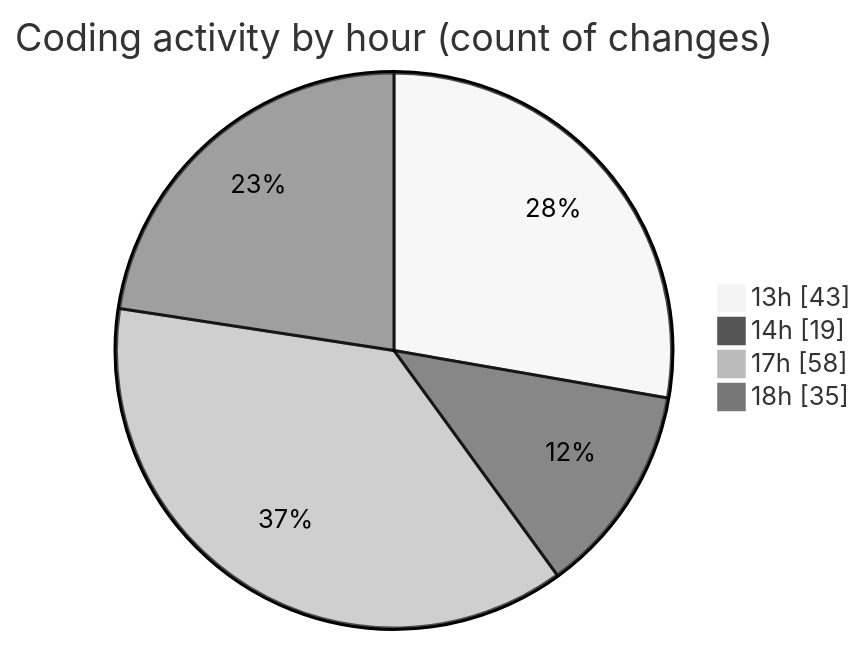
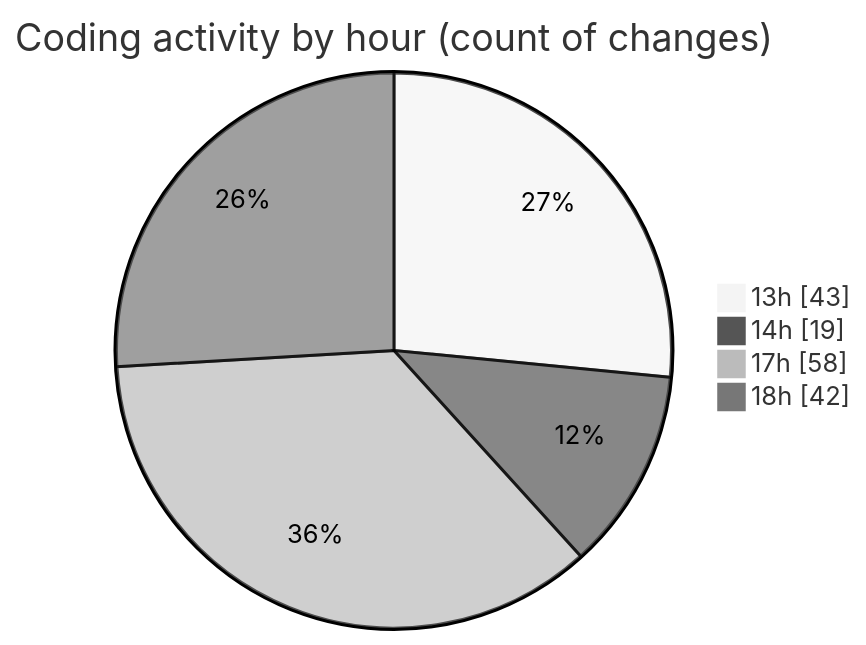
The second of 2 diagrams in 2025-10-04/untitled__workspace_/README.md (MatusMokan/code-tracking), drawn with Mermaid (neutral theme) before and after one commit. The commit also changed other lines of this file and 1 other file, not shown here.

````diff
--- a/2025-10-04/untitled__workspace_/README.md
+++ b/2025-10-04/untitled__workspace_/README.md
@@ -46,8 +48,8 @@
 ```mermaid
 pie showData
 title Coding activity by hour (count of changes)
 "13h" : 43
 "14h" : 19
 "17h" : 58
-"18h" : 35
+"18h" : 42
 ```
````
